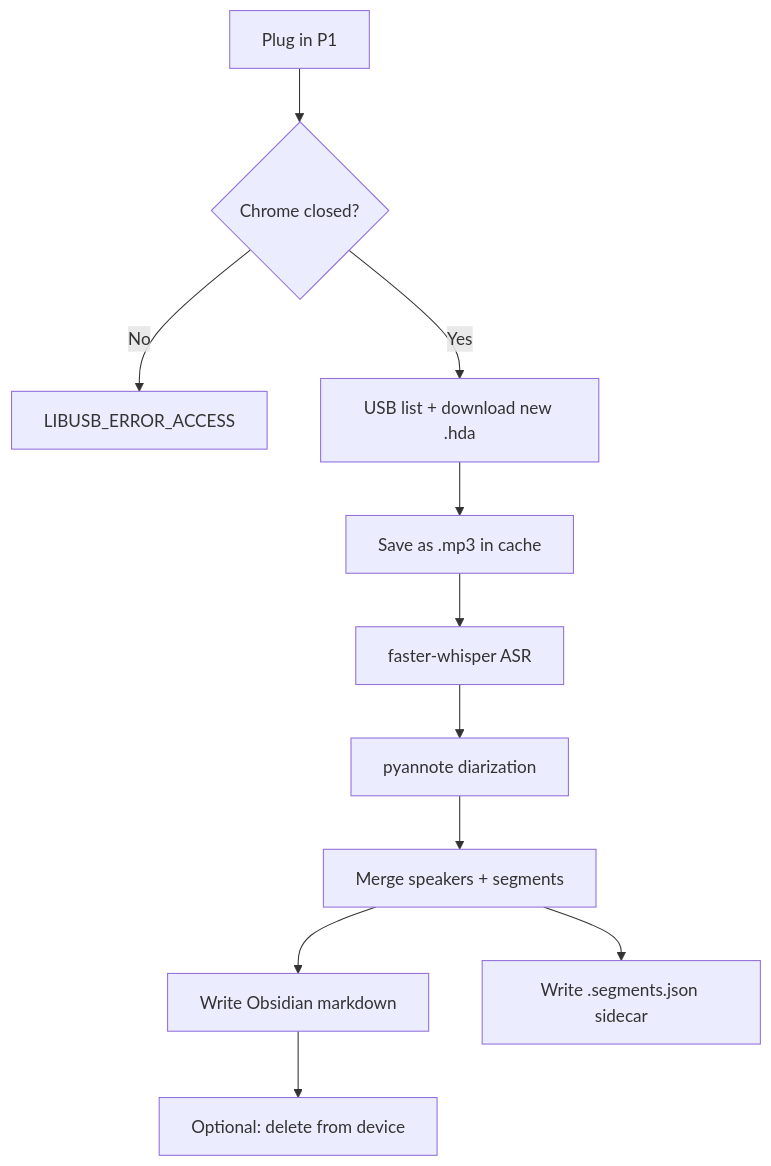
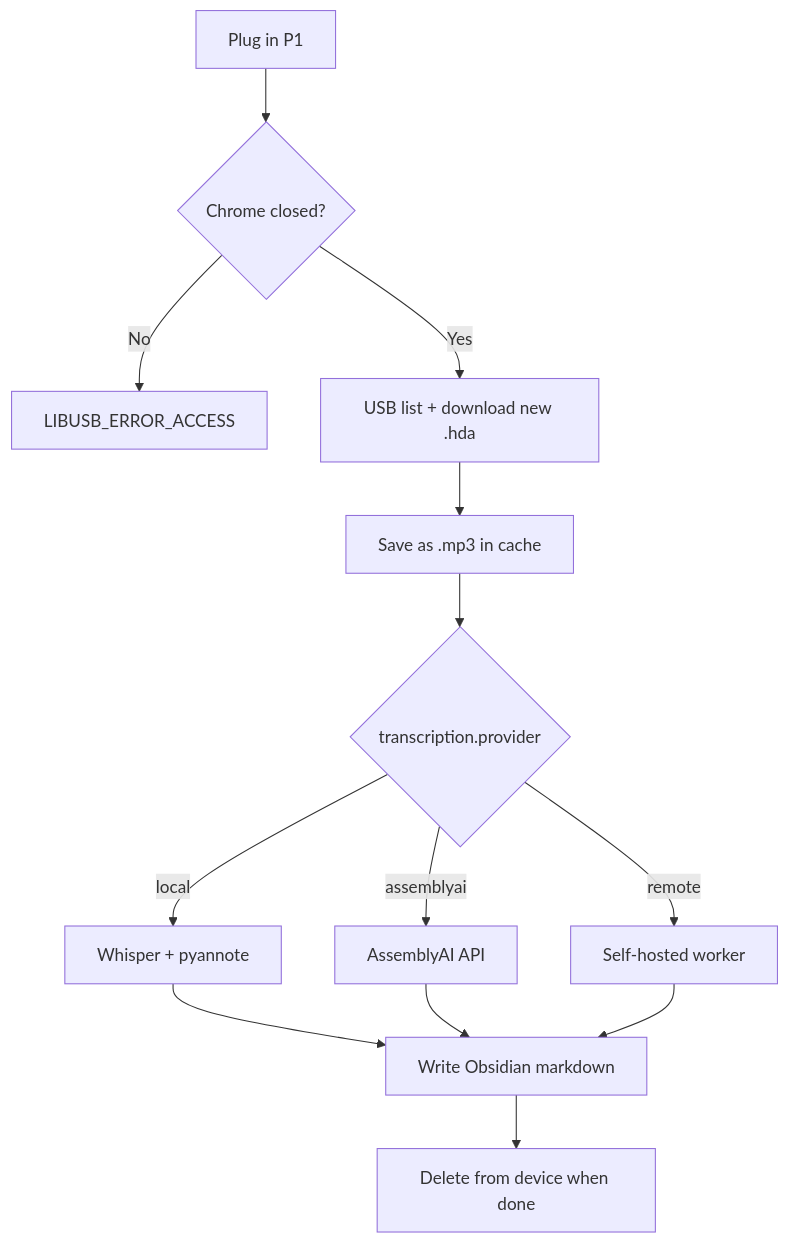
The diagram in docs/research-and-approach.md (not-so-fat/hinotes_organizer), drawn with Mermaid before and after one commit. The commit also changed other lines of this file and 17 other files, not shown here.

First line of the commit message:
Add pluggable transcription backends and multi-laptop device cleanup.

````diff
--- a/docs/research-and-approach.md
+++ b/docs/research-and-approach.md
@@ -235,13 +239,15 @@
 ```mermaid
 flowchart TD
     A[Plug in P1] --> B{Chrome closed?}
     B -->|No| X[LIBUSB_ERROR_ACCESS]
     B -->|Yes| C[USB list + download new .hda]
     C --> D[Save as .mp3 in cache]
-    D --> E[faster-whisper ASR]
-    E --> F[pyannote diarization]
-    F --> G[Merge speakers + segments]
-    G --> H[Write Obsidian markdown]
-    G --> I[Write .segments.json sidecar]
-    H --> J[Optional: delete from device]
+    D --> E{transcription.provider}
+    E -->|local| F[Whisper + pyannote]
+    E -->|assemblyai| G[AssemblyAI API]
+    E -->|remote| H[Self-hosted worker]
+    F --> I[Write Obsidian markdown]
+    G --> I
+    H --> I
+    I --> J[Delete from device when done]
 ```
````
